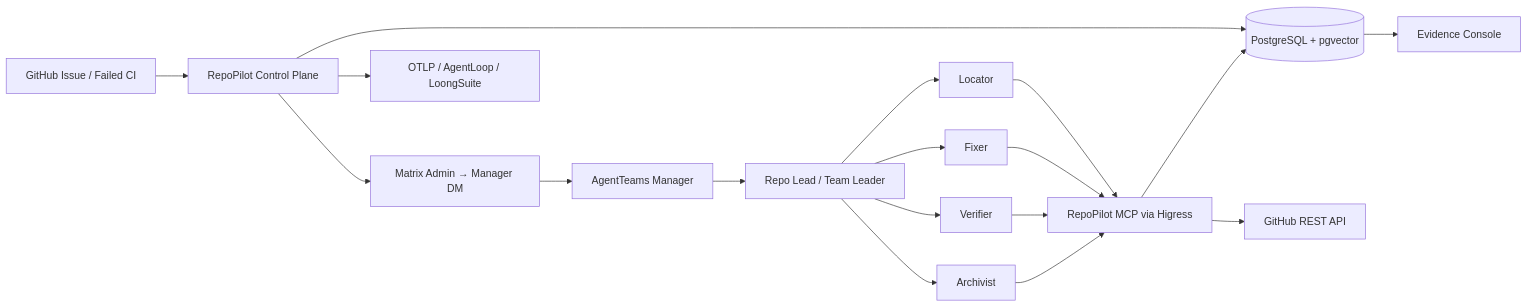
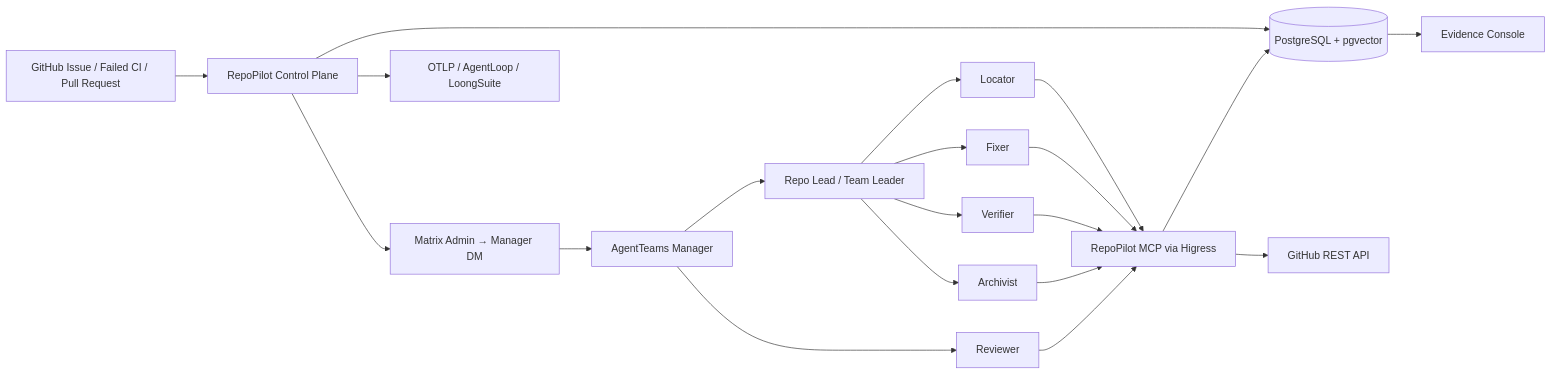
The diagram in docs/architecture.md (wellkilo/RepoPilot), drawn with Mermaid before and after one commit. The commit also changed other lines of this file and 31 other files, not shown here.

First line of the commit message:
feat: add automated pull request review comments

````diff
--- a/docs/architecture.md
+++ b/docs/architecture.md
@@ -5,17 +5,19 @@
 ```mermaid
 flowchart LR
-    GH[GitHub Issue / Failed CI] --> CP[RepoPilot Control Plane]
+    GH[GitHub Issue / Failed CI / Pull Request] --> CP[RepoPilot Control Plane]
     CP --> DB[(PostgreSQL + pgvector)]
     CP --> MX[Matrix Admin → Manager DM]
     MX --> M[AgentTeams Manager]
     M --> TL[Repo Lead / Team Leader]
     TL --> L[Locator]
     TL --> F[Fixer]
     TL --> V[Verifier]
     TL --> A[Archivist]
+    M --> R[Reviewer]
     L & F & V & A --> MCP[RepoPilot MCP via Higress]
+    R --> MCP
     MCP --> GHAPI[GitHub REST API]
     MCP --> DB
     DB --> UI[Evidence Console]
     CP --> OTEL[OTLP / AgentLoop / LoongSuite]
 ```
````
